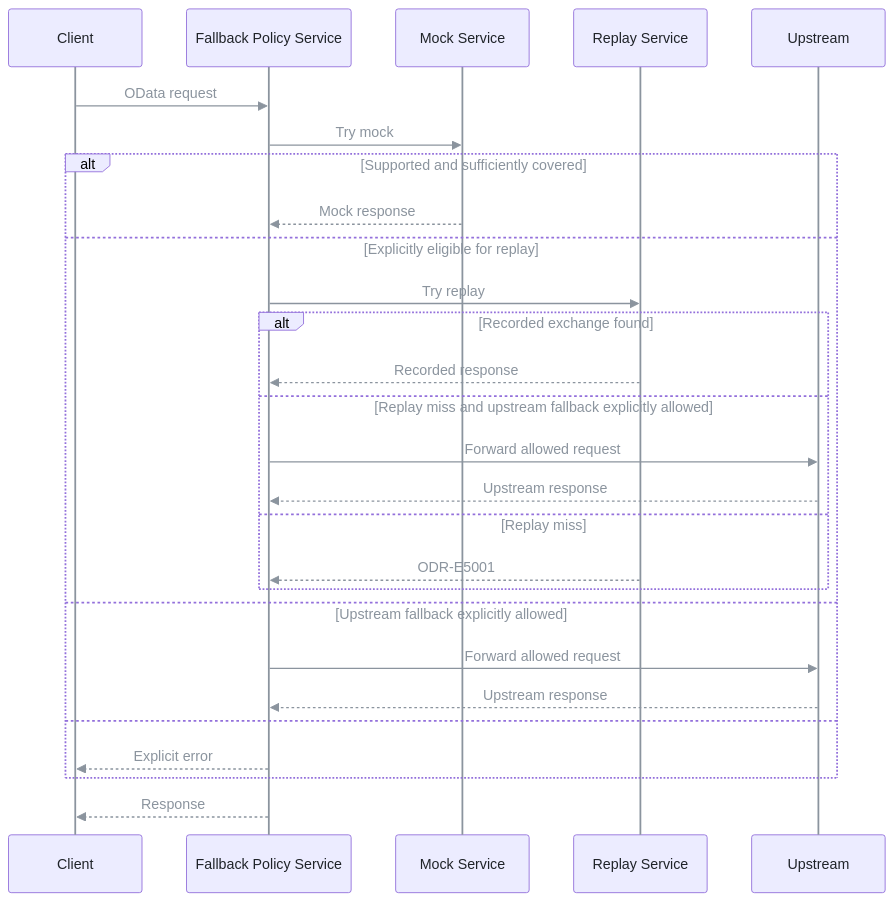
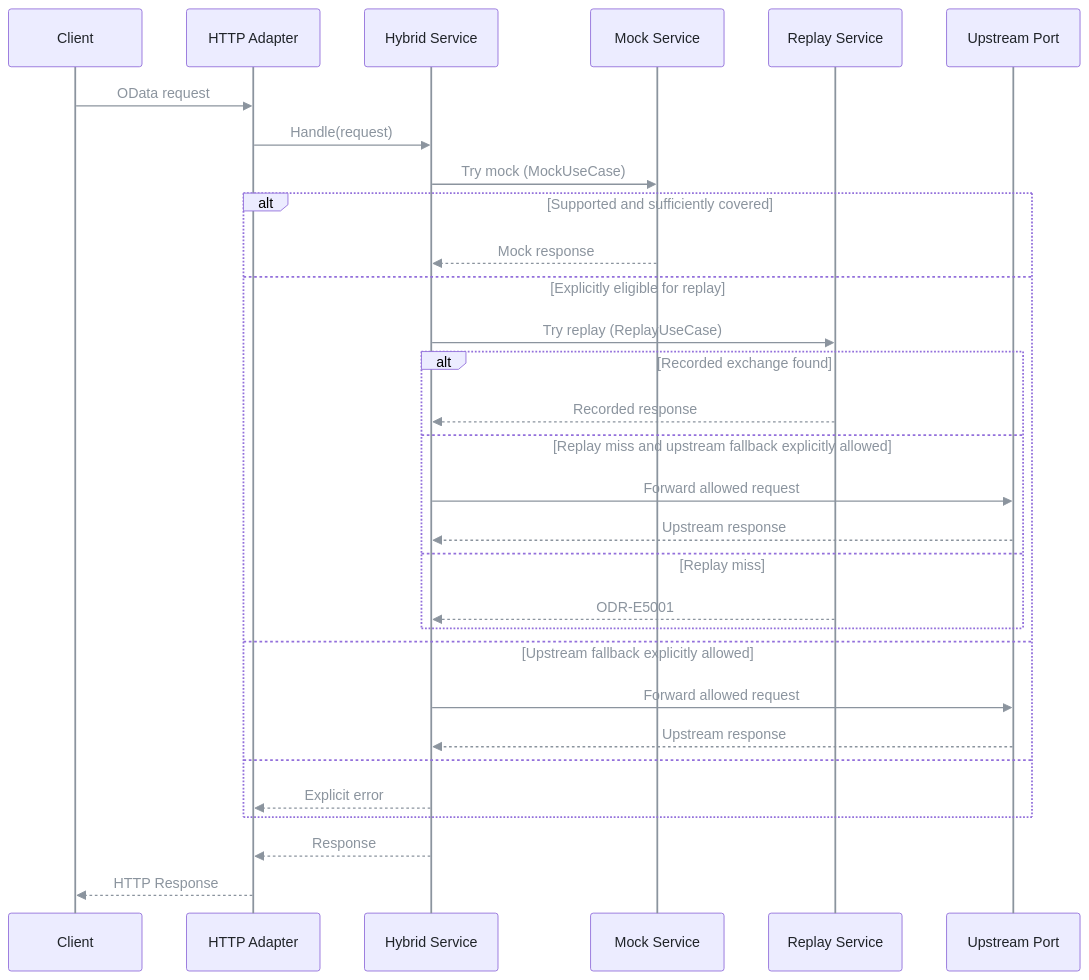
The eighth of 11 diagrams in spec/architecture.md (pt9912/odata-recorder), drawn with Mermaid before and after one commit. The commit also changed other lines of this file and 4 other files, not shown here.

````diff
--- a/spec/architecture.md
+++ b/spec/architecture.md
@@ -360,30 +371,33 @@
 ```mermaid
 %%{init: {'themeVariables': {'lineColor': '#8b949e', 'signalColor': '#8b949e', 'signalTextColor': '#8b949e', 'actorLineColor': '#8b949e', 'loopTextColor': '#8b949e', 'textColor': '#c9d1d9', 'primaryTextColor': '#1f2328', 'nodeTextColor': '#1f2328', 'actorTextColor': '#1f2328', 'noteTextColor': '#1f2328', 'edgeLabelBackground': '#30363d'}}}%%
 sequenceDiagram
     participant C as Client
-    participant G as Fallback Policy Service
+    participant H as HTTP Adapter
+    participant G as Hybrid Service
     participant M as Mock Service
     participant R as Replay Service
-    participant U as Upstream
-    C->>G: OData request
-    G->>M: Try mock
+    participant U as Upstream Port
+    C->>H: OData request
+    H->>G: Handle(request)
+    G->>M: Try mock (MockUseCase)
     alt Supported and sufficiently covered
       M-->>G: Mock response
     else Explicitly eligible for replay
-      G->>R: Try replay
+      G->>R: Try replay (ReplayUseCase)
       alt Recorded exchange found
         R-->>G: Recorded response
       else Replay miss and upstream fallback explicitly allowed
         G->>U: Forward allowed request
         U-->>G: Upstream response
       else Replay miss
         R-->>G: ODR-E5001
       end
     else Upstream fallback explicitly allowed
       G->>U: Forward allowed request
       U-->>G: Upstream response
     else
-      G-->>C: Explicit error
+      G-->>H: Explicit error
     end
-    G-->>C: Response
+    G-->>H: Response
+    H-->>C: HTTP Response
 ```
````
